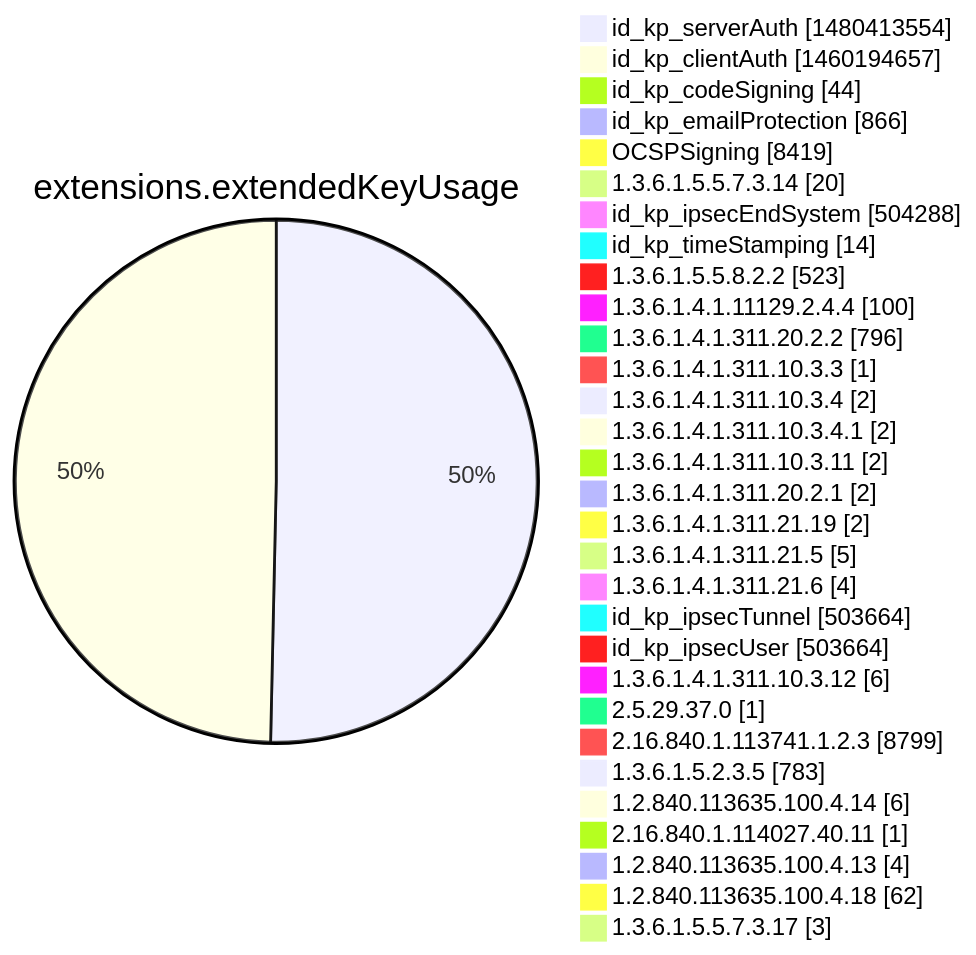
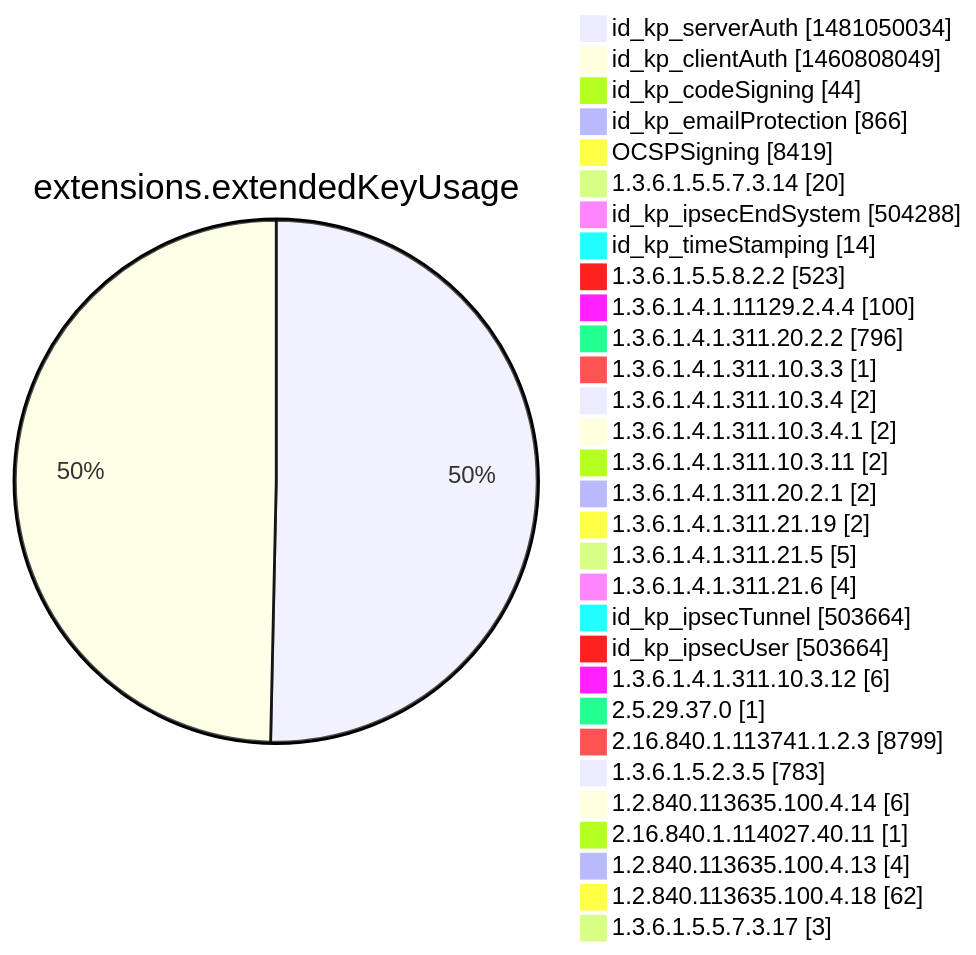
One commit to christiankrug/ctmonitor_visualization changed diagram 12 of 15 in argon2022/README.md. Above: the diagram before and after it, drawn with Mermaid. The commit also changed other lines of this file, not shown here.

````diff
--- a/argon2022/README.md
+++ b/argon2022/README.md
@@ -3555,34 +3555,34 @@
 ```mermaid
 pie showData
 title extensions.extendedKeyUsage
-"id_kp_serverAuth" :1480413554
-"id_kp_clientAuth" :1460194657
+"id_kp_serverAuth" :1481050034
+"id_kp_clientAuth" :1460808049
 "id_kp_codeSigning" :44
 "id_kp_emailProtection" :866
 "OCSPSigning" :8419
 "1.3.6.1.5.5.7.3.14" :20
 "id_kp_ipsecEndSystem" :504288
 "id_kp_timeStamping" :14
 "1.3.6.1.5.5.8.2.2" :523
 "1.3.6.1.4.1.11129.2.4.4" :100
 "1.3.6.1.4.1.311.20.2.2" :796
 "1.3.6.1.4.1.311.10.3.3" :1
 "1.3.6.1.4.1.311.10.3.4" :2
 "1.3.6.1.4.1.311.10.3.4.1" :2
 "1.3.6.1.4.1.311.10.3.11" :2
 "1.3.6.1.4.1.311.20.2.1" :2
 "1.3.6.1.4.1.311.21.19" :2
 "1.3.6.1.4.1.311.21.5" :5
 "1.3.6.1.4.1.311.21.6" :4
 "id_kp_ipsecTunnel" :503664
 "id_kp_ipsecUser" :503664
 "1.3.6.1.4.1.311.10.3.12" :6
 "2.5.29.37.0" :1
 "2.16.840.1.113741.1.2.3" :8799
 "1.3.6.1.5.2.3.5" :783
 "1.2.840.113635.100.4.14" :6
 "2.16.840.1.114027.40.11" :1
 "1.2.840.113635.100.4.13" :4
 "1.2.840.113635.100.4.18" :62
 "1.3.6.1.5.5.7.3.17" :3
 ```
````
